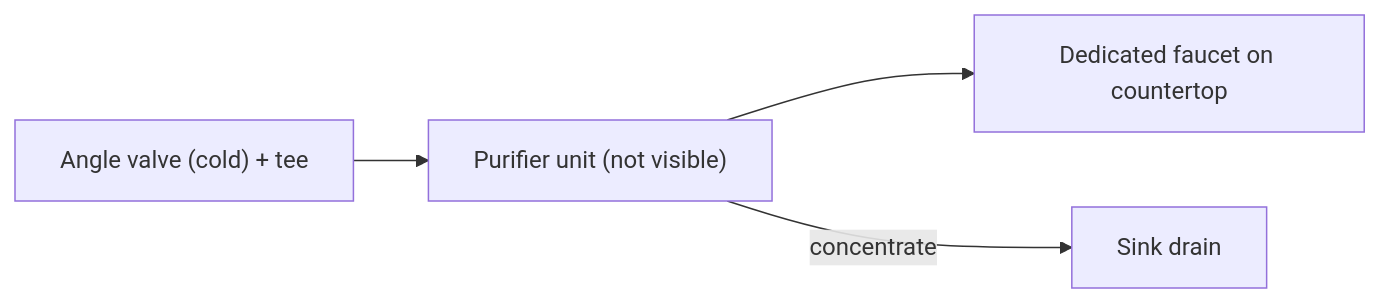
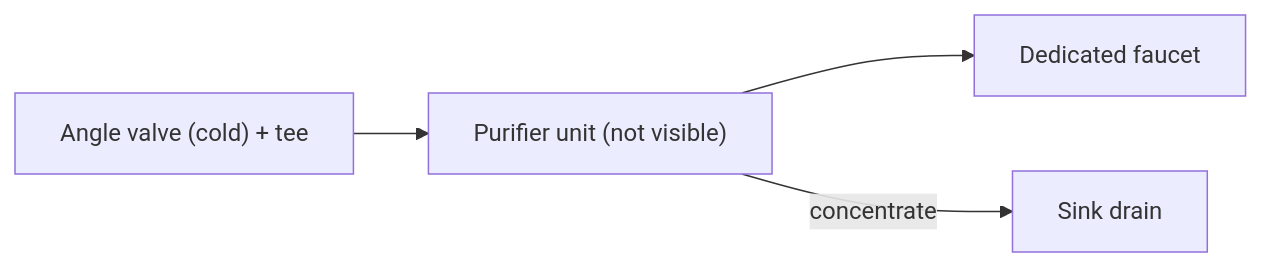
One commit to BassShang/diy-ro-water-purifier changed the diagram in research/videos/09-BV1UuUKBnEAo.md. Above: the diagram before and after it, drawn with Mermaid. The commit also changed other lines of this file and 1 other file, not shown here.

````diff
--- a/research/videos/09-BV1UuUKBnEAo.md
+++ b/research/videos/09-BV1UuUKBnEAo.md
@@ -25,5 +28,5 @@
 ```mermaid
 flowchart LR
-  AV["Angle valve (cold) + tee"] --> U["Purifier unit (not visible)"] --> F["Dedicated faucet on countertop"]
+  AV["Angle valve (cold) + tee"] --> U["Purifier unit (not visible)"] --> F["Dedicated faucet"]
   U -- concentrate --> D["Sink drain"]
 ```
````
